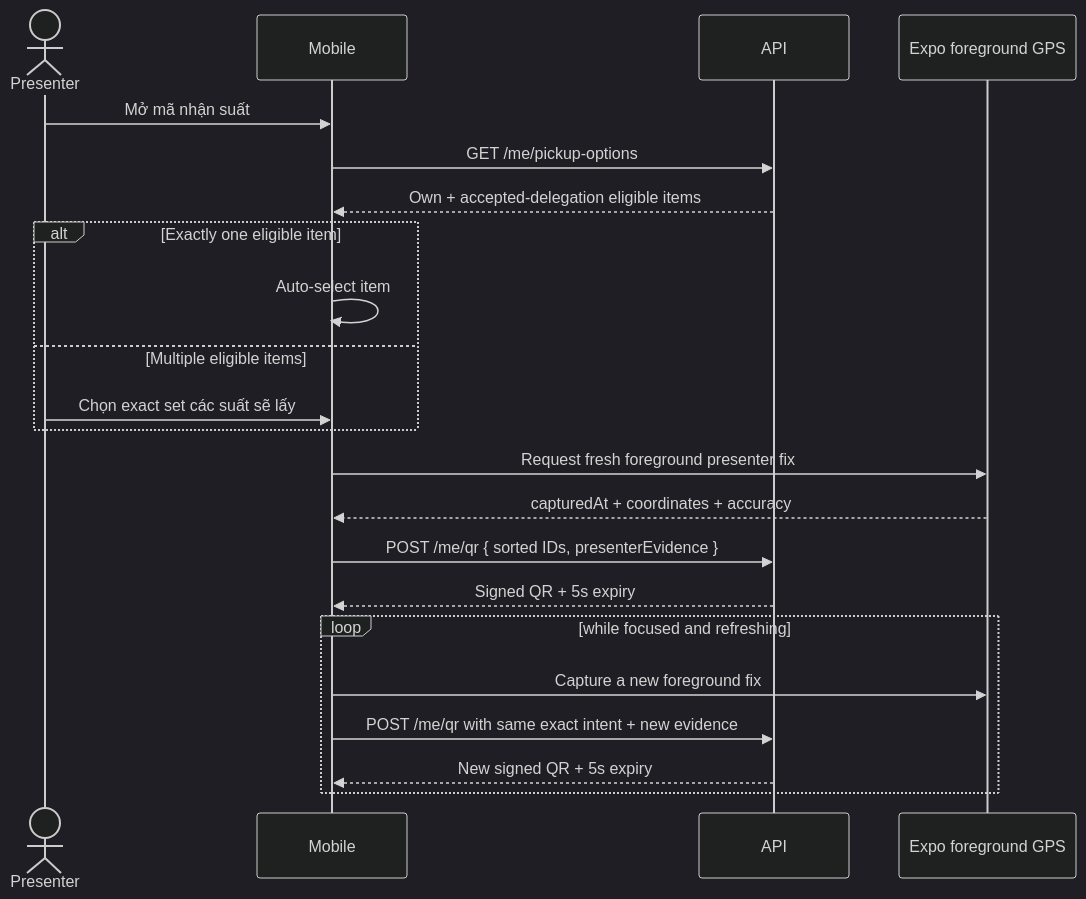
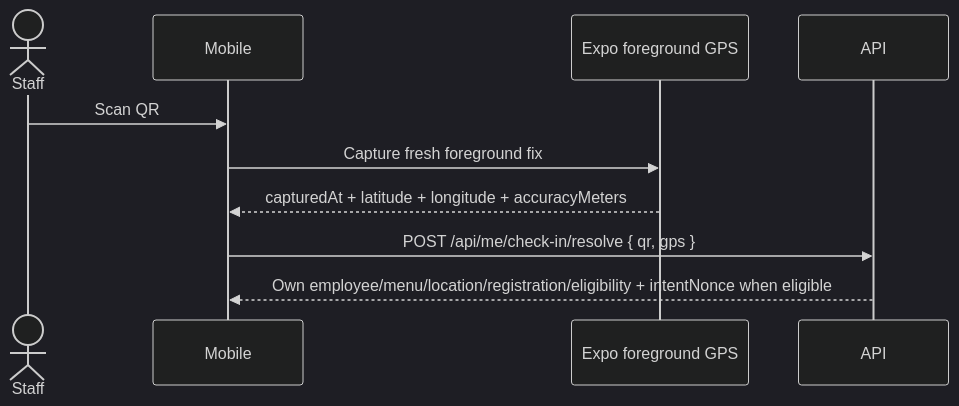
One commit to Wkiugt/IMeal-v3 changed the fifth of 8 diagrams in docs/03-product-flows.md. Above: the diagram before and after it, drawn with Mermaid (dark theme). The commit also changed other lines of this file and 129 other files, not shown here.

Commit message:
feat(check-in): replace pickup and delegation with staff self check-in

````diff
--- a/docs/03-product-flows.md
+++ b/docs/03-product-flows.md
@@ -237,25 +253,13 @@
 ```mermaid
 sequenceDiagram
-    actor S as Presenter
+    actor S as Staff
     participant M as Mobile
+    participant GPS as Expo foreground GPS
     participant API as API
-    participant GPS as Expo foreground GPS
 
-    S->>M: Mở mã nhận suất
-    M->>API: GET /me/pickup-options
-    API-->>M: Own + accepted-delegation eligible items
-    alt Exactly one eligible item
-        M->>M: Auto-select item
-    else Multiple eligible items
-        S->>M: Chọn exact set các suất sẽ lấy
-    end
-    M->>GPS: Request fresh foreground presenter fix
-    GPS-->>M: capturedAt + coordinates + accuracy
-    M->>API: POST /me/qr { sorted IDs, presenterEvidence }
-    API-->>M: Signed QR + 5s expiry
-    loop while focused and refreshing
-        M->>GPS: Capture a new foreground fix
-        M->>API: POST /me/qr with same exact intent + new evidence
-        API-->>M: New signed QR + 5s expiry
-    end
+    S->>M: Scan QR
+    M->>GPS: Capture fresh foreground fix
+    GPS-->>M: capturedAt + latitude + longitude + accuracyMeters
+    M->>API: POST /api/me/check-in/resolve { qr, gps }
+    API-->>M: Own employee/menu/location/registration/eligibility + intentNonce when eligible
 ```
````
